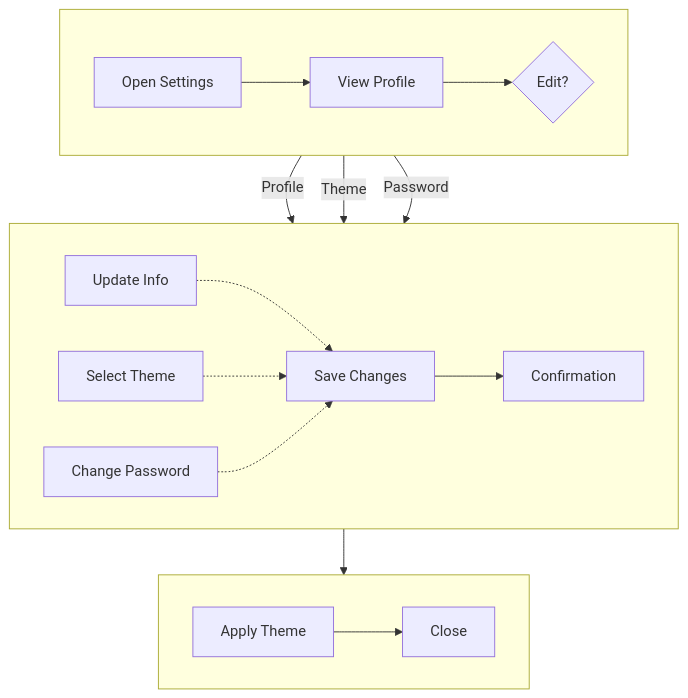
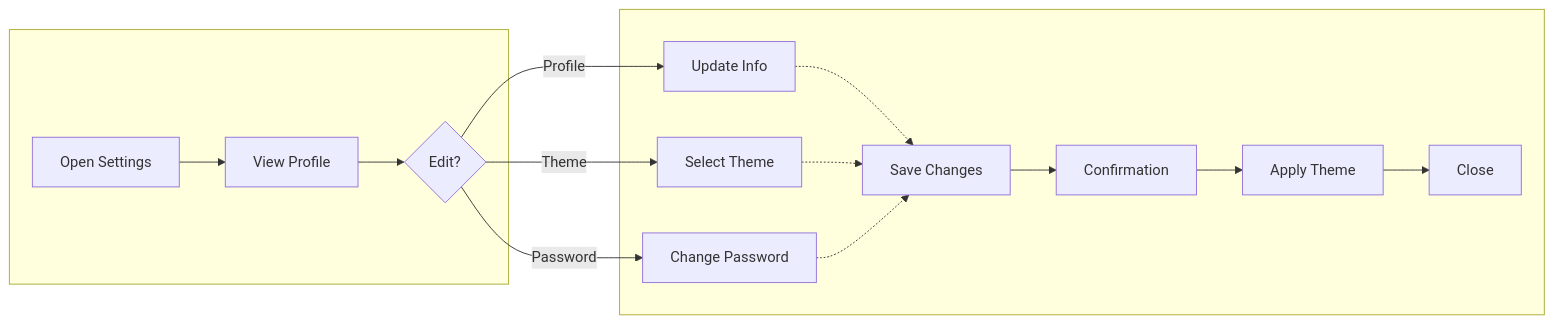
The third of 10 diagrams in docs/SEN3781_Assignment4_Information_Architecture_Report.md (RoundRobinHood/cogniflight-cloud), drawn with Mermaid before and after one commit. The commit also changed other lines of this file, not shown here.

Commit message:
improved diagram readability

````diff
--- a/docs/SEN3781_Assignment4_Information_Architecture_Report.md
+++ b/docs/SEN3781_Assignment4_Information_Architecture_Report.md
@@ -208,21 +201,15 @@
 ```mermaid
-flowchart TB
+flowchart LR
     subgraph row1[" "]
-        direction LR
         A[Open Settings] --> B[View Profile] --> C{Edit?}
     end
     subgraph row2[" "]
-        direction LR
-        D[Update Info] -.-> G[Save Changes] --> H[Confirmation]
+        D[Update Info] -.-> G[Save Changes]
         E[Select Theme] -.-> G
         F[Change Password] -.-> G
-    end
-    subgraph row3[" "]
-        direction LR
-        I[Apply Theme] --> J[Close]
+        G --> H[Confirmation] --> I[Apply Theme] --> J[Close]
     end
     C -->|Profile| D
     C -->|Theme| E  
     C -->|Password| F
-    H --> I
 ```
````
